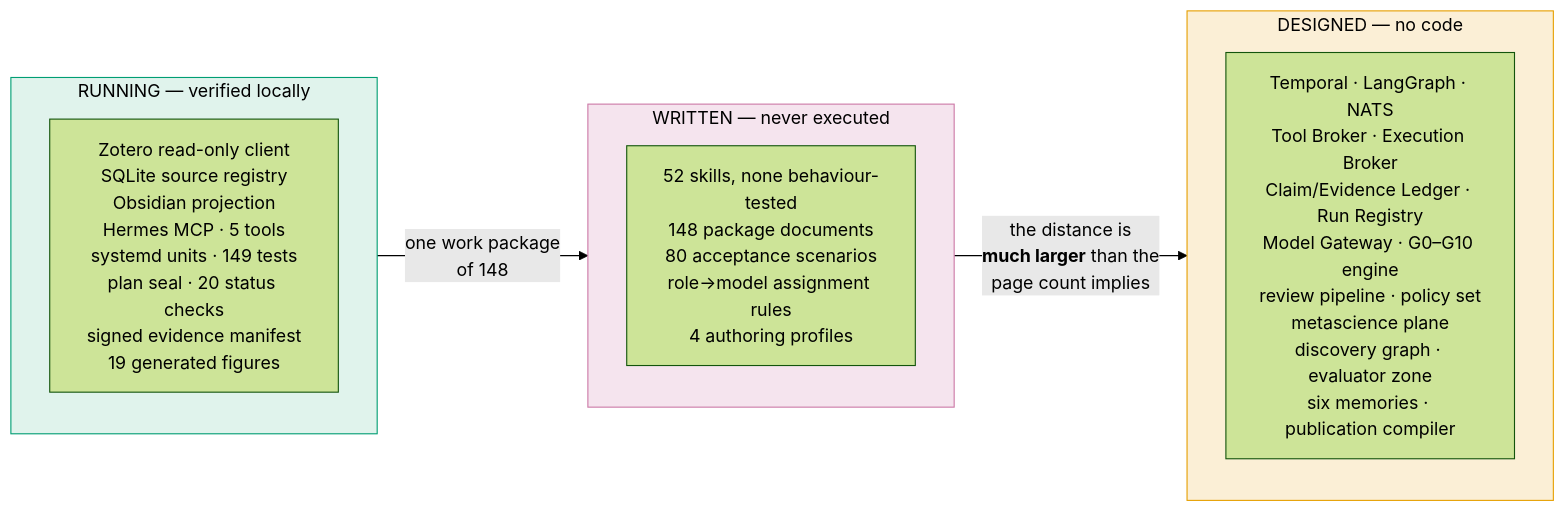
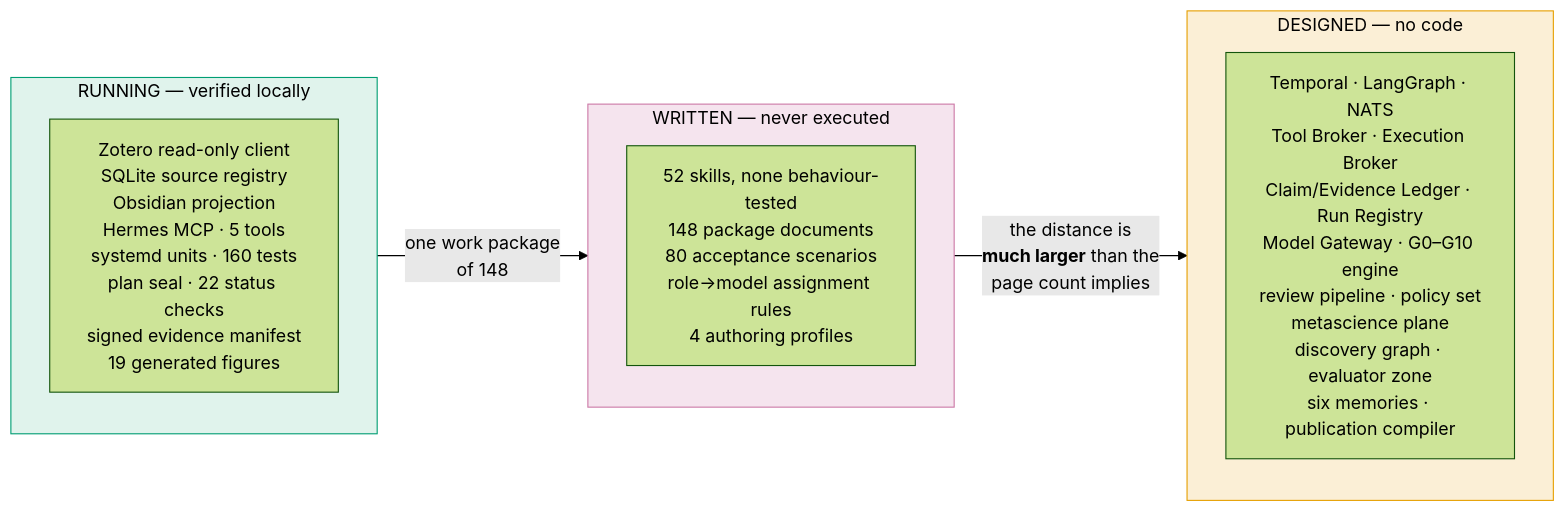
Diagram 23 of 24 in docs/architecture/AETHRION_ARCHITECTURE.md (furkanhanilci/AETHRION), drawn with Mermaid (forest theme) before and after one commit. The commit also changed 373 other files, not shown here.

````diff
--- a/docs/architecture/AETHRION_ARCHITECTURE.md
+++ b/docs/architecture/AETHRION_ARCHITECTURE.md
@@ -981,17 +981,17 @@
 ```mermaid
 flowchart LR
     subgraph WORKING["RUNNING — verified locally"]
-        W["Zotero read-only client<br/>SQLite source registry<br/>Obsidian projection<br/>Hermes MCP · 5 tools<br/>systemd units · 149 tests<br/>plan seal · 20 status checks<br/>signed evidence manifest<br/>19 generated figures"]
+        W["Zotero read-only client<br/>SQLite source registry<br/>Obsidian projection<br/>Hermes MCP · 5 tools<br/>systemd units · 160 tests<br/>plan seal · 22 status checks<br/>signed evidence manifest<br/>19 generated figures"]
     end
     subgraph WRITTEN["WRITTEN — never executed"]
         S["52 skills, none behaviour-tested<br/>148 package documents<br/>80 acceptance scenarios<br/>role→model assignment rules<br/>4 authoring profiles"]
     end
     subgraph DESIGNED["DESIGNED — no code"]
         D["Temporal · LangGraph · NATS<br/>Tool Broker · Execution Broker<br/>Claim/Evidence Ledger · Run Registry<br/>Model Gateway · G0–G10 engine<br/>review pipeline · policy set<br/>metascience plane<br/>discovery graph · evaluator zone<br/>six memories · publication compiler"]
     end
     WORKING -->|"one work package<br/>of 148"| WRITTEN
     WRITTEN -->|"the distance is<br/><b>much larger</b> than the<br/>page count implies"| DESIGNED
     style WORKING fill:#E0F3EC,stroke:#009E73,color:#000
     style WRITTEN fill:#F5E4EE,stroke:#CC79A7,color:#000
     style DESIGNED fill:#FBEFD6,stroke:#E69F00,color:#000
 ```
````
